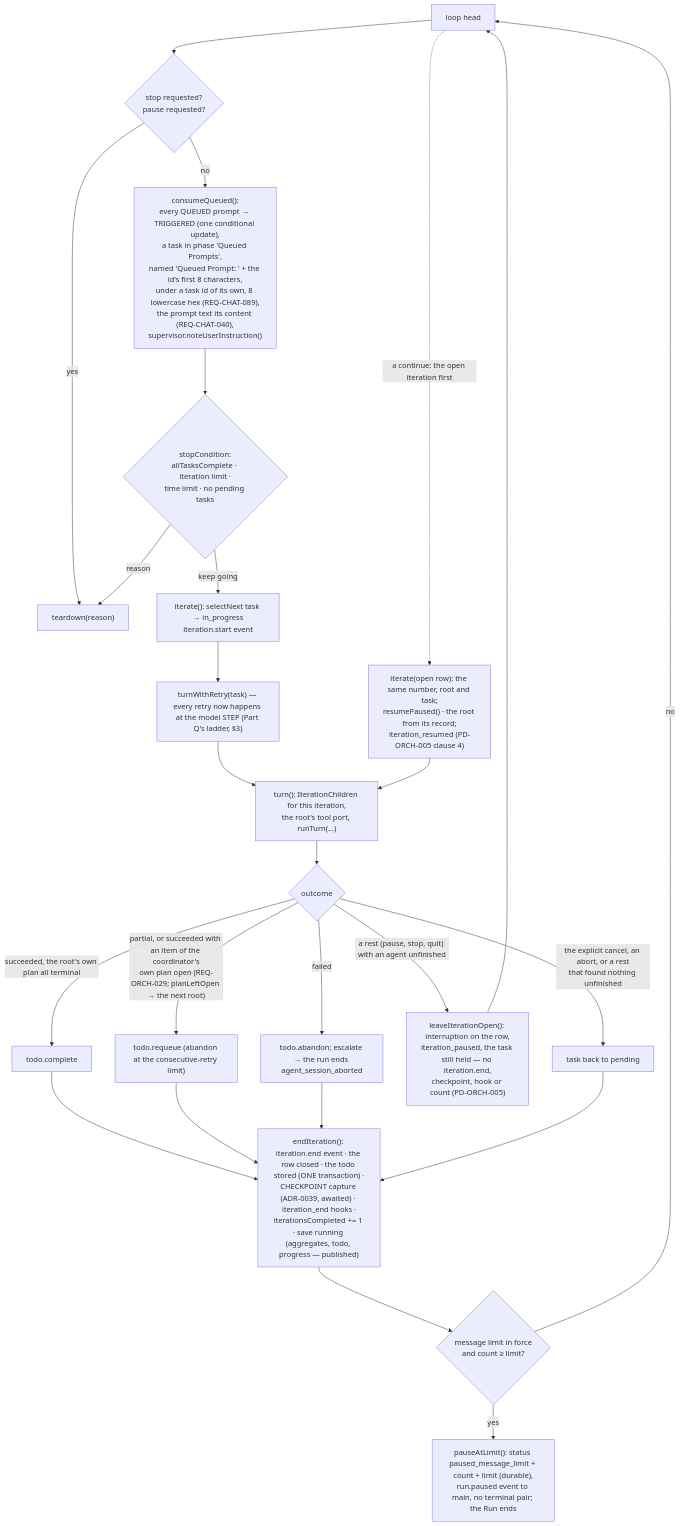
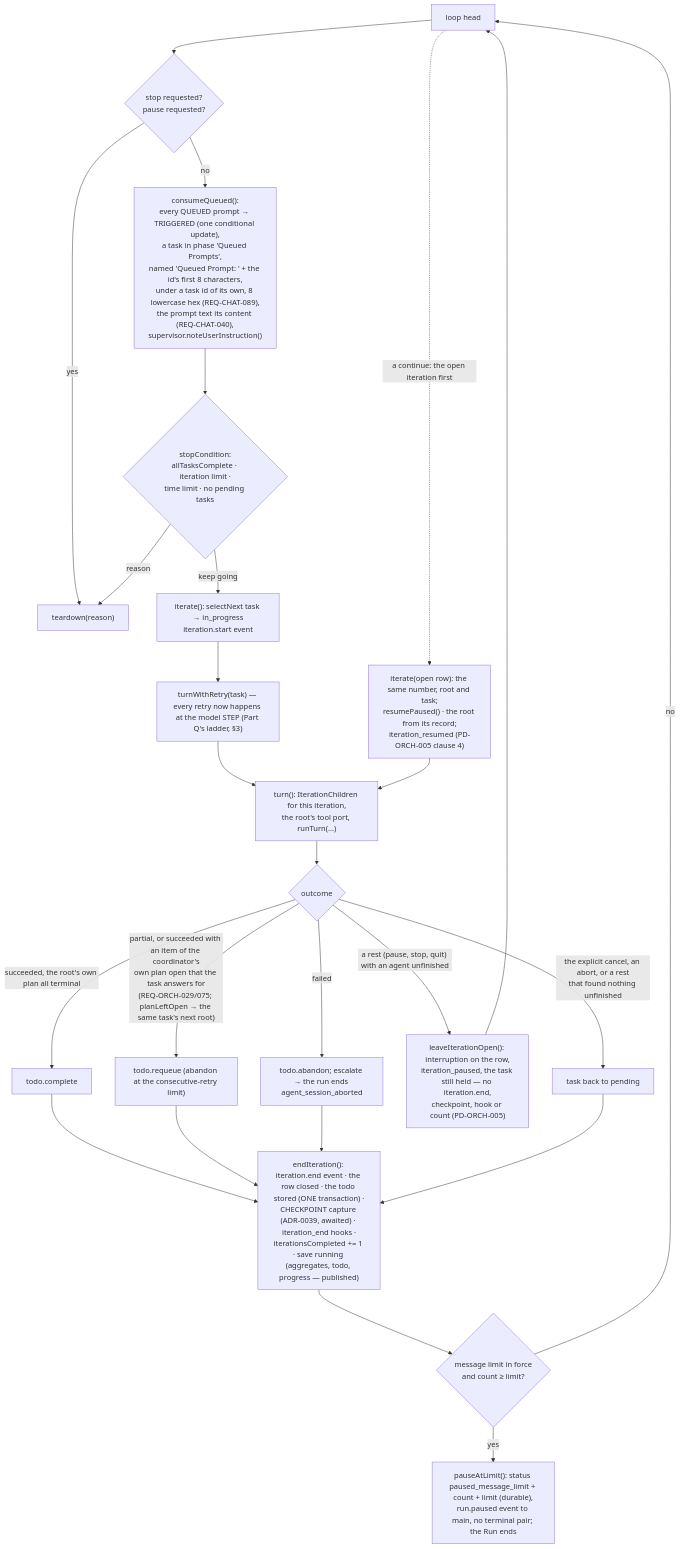
One commit to Concrete-Dynamics/Rotaris changed the second of 2 diagrams in docs/architecture/views/03-runtime-view.md. Above: the diagram before and after it, drawn with Mermaid. The commit also changed other lines of this file and 7 other files, not shown here.

````diff
--- a/docs/architecture/views/03-runtime-view.md
+++ b/docs/architecture/views/03-runtime-view.md
@@ -201,24 +201,24 @@
 ```mermaid
 flowchart TB
   L0["loop head"] --> S1{"stop requested?<br/>pause requested?"}
   S1 -- yes --> T["teardown(reason)"]
   S1 -- no --> Q["consumeQueued():<br/>every QUEUED prompt → TRIGGERED (one conditional update),<br/>a task in phase 'Queued Prompts',<br/>named 'Queued Prompt: ' + the id's first 8 characters,<br/>under a task id of its own, 8 lowercase hex (REQ-CHAT-089),<br/>the prompt text its content (REQ-CHAT-040),<br/>supervisor.noteUserInstruction()"]
   Q --> S2{"stopCondition:<br/>allTasksComplete · iteration limit ·<br/>time limit · no pending tasks"}
   S2 -- reason --> T
   S2 -- keep going --> I["iterate(): selectNext task → in_progress<br/>iteration.start event"]
   I --> TR["turnWithRetry(task) — every retry now happens at the model STEP (Part Q's ladder, §3)"]
   TR --> TURN["turn(): IterationChildren for this iteration,<br/>the root's tool port, runTurn(...)"]
   TURN --> OUT{"outcome"}
   OUT -- "succeeded, the root's own plan all terminal" --> C["todo.complete"]
-  OUT -- "partial, or succeeded with an item of the coordinator's<br/>own plan open (REQ-ORCH-029; planLeftOpen → the next root)" --> RQ["todo.requeue (abandon at the consecutive-retry limit)"]
+  OUT -- "partial, or succeeded with an item of the coordinator's<br/>own plan open that the task answers for<br/>(REQ-ORCH-029/075; planLeftOpen → the same task's next root)" --> RQ["todo.requeue (abandon at the consecutive-retry limit)"]
   OUT -- failed --> AB["todo.abandon; escalate → the run ends agent_session_aborted"]
   OUT -- "a rest (pause, stop, quit) with an agent unfinished" --> OPEN["leaveIterationOpen(): interruption on the row,<br/>iteration_paused, the task still held — no iteration.end,<br/>checkpoint, hook or count (PD-ORCH-005)"]
   OPEN --> L0
   L0 -. "a continue: the open iteration first" .-> RES["iterate(open row): the same number, root and task;<br/>resumePaused() · the root from its record;<br/>iteration_resumed (PD-ORCH-005 clause 4)"]
   RES --> TURN
   OUT -- "the explicit cancel, an abort, or a rest<br/>that found nothing unfinished" --> PEND["task back to pending"]
   C & RQ & AB & PEND --> E["endIteration(): iteration.end event · the row closed · the todo stored (ONE transaction) ·<br/>CHECKPOINT capture (ADR-0039, awaited) · iteration_end hooks ·<br/>iterationsCompleted += 1 · save running (aggregates, todo, progress — published)"]
   E --> ML{"message limit in force<br/>and count ≥ limit?"}
   ML -- yes --> PL["pauseAtLimit(): status paused_message_limit + count + limit (durable),<br/>run.paused event to main, no terminal pair; the Run ends"]
   ML -- no --> L0
 ```
````
